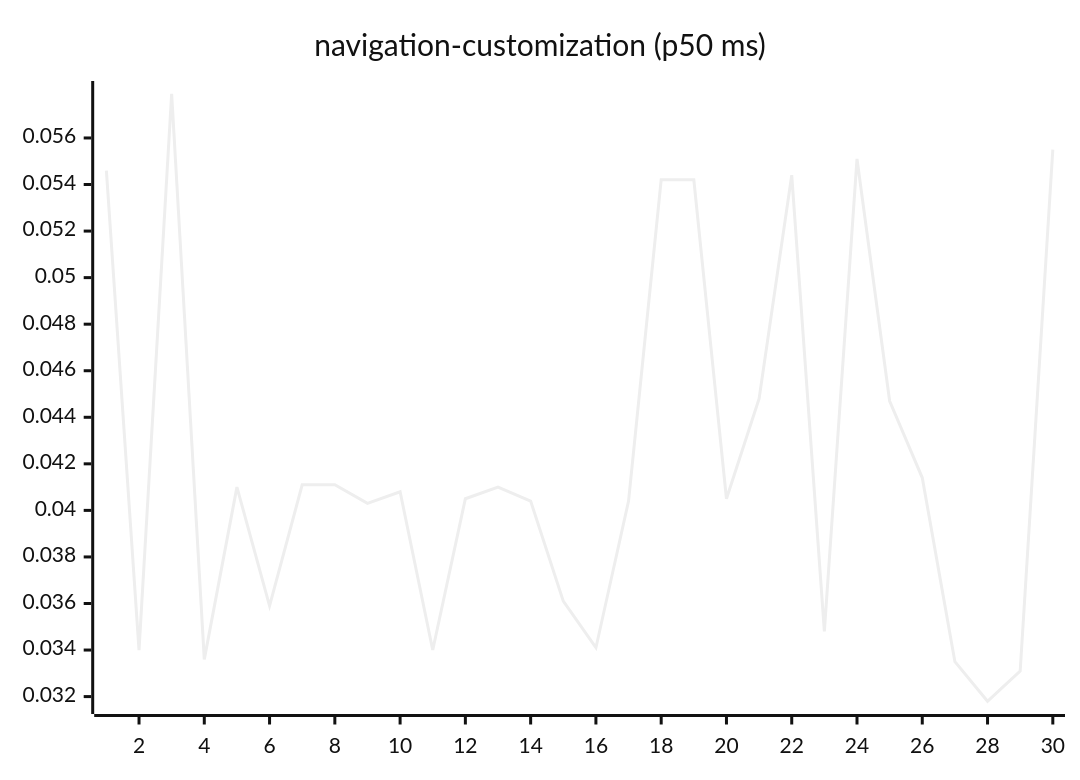
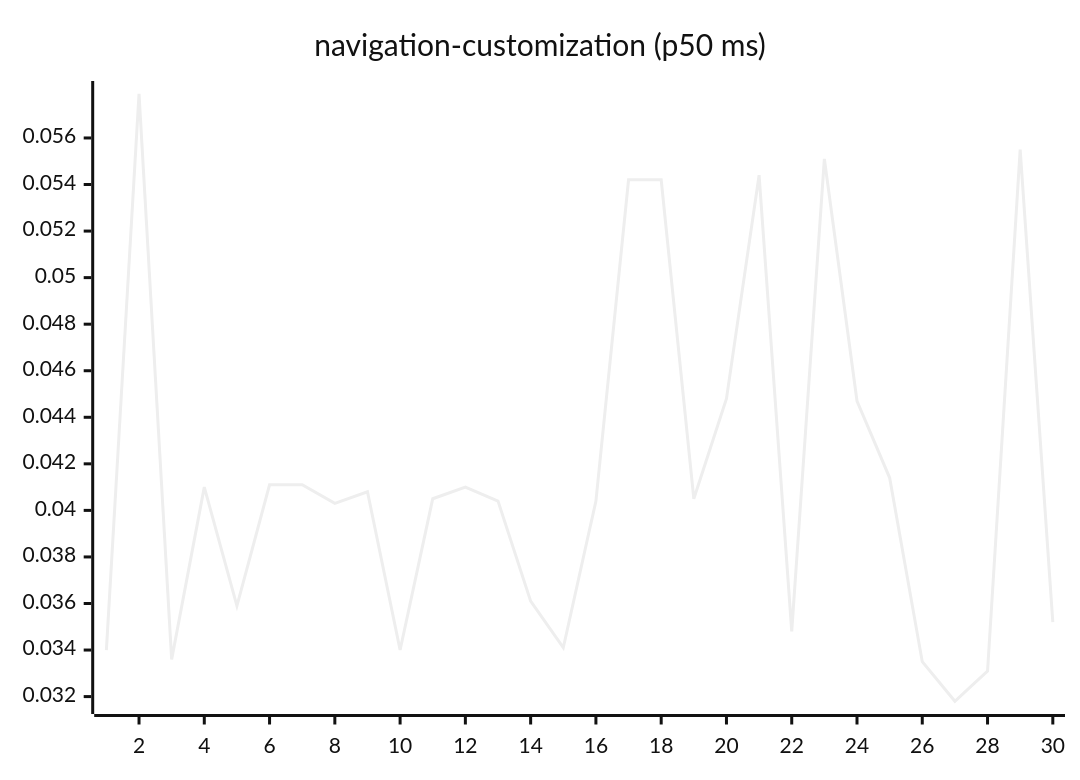
Before and after one commit to josha/Facet: diagram 15 of 27 in README.md, drawn with Mermaid (neutral theme). The commit also changed other lines of this file and 2 other files, not shown here.

````diff
--- a/README.md
+++ b/README.md
@@ -161,6 +161,6 @@
 ```mermaid
 xychart-beta
     title "navigation-customization (p50 ms)"
     x-axis 1 --> 30
-    line [0.0546, 0.0340, 0.0579, 0.0336, 0.0410, 0.0359, 0.0411, 0.0411, 0.0403, 0.0408, 0.0340, 0.0405, 0.0410, 0.0404, 0.0361, 0.0341, 0.0404, 0.0542, 0.0542, 0.0405, 0.0448, 0.0544, 0.0348, 0.0551, 0.0447, 0.0414, 0.0335, 0.0318, 0.0331, 0.0555]
+    line [0.0340, 0.0579, 0.0336, 0.0410, 0.0359, 0.0411, 0.0411, 0.0403, 0.0408, 0.0340, 0.0405, 0.0410, 0.0404, 0.0361, 0.0341, 0.0404, 0.0542, 0.0542, 0.0405, 0.0448, 0.0544, 0.0348, 0.0551, 0.0447, 0.0414, 0.0335, 0.0318, 0.0331, 0.0555, 0.0352]
 ```
````
